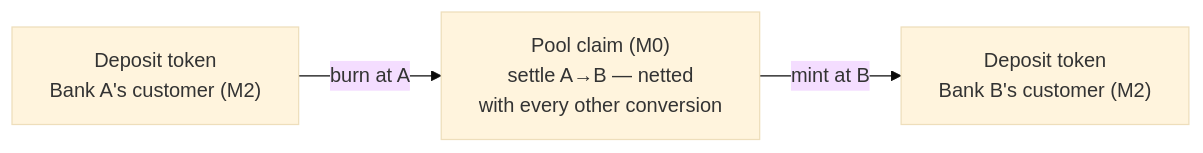
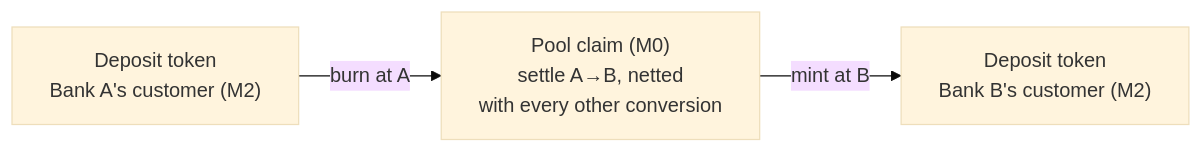
One commit to wfblockchain/sovereign-settlement-model changed the third of 4 diagrams in README.md. Above: the diagram before and after it, drawn with Mermaid (base theme). The commit also changed other lines of this file, not shown here.

First line of the commit message:
README: mermaid syntax GitHub's renderer accepts

````diff
--- a/README.md
+++ b/README.md
@@ -124,9 +121,5 @@
 ```mermaid
 flowchart LR
-    DA["Deposit token
-    Bank A's customer (M2)"] -->|"burn at A"| CORE["Pool claim (M0)
-    settle A→B — netted
-    with every other conversion"]
-    CORE -->|"mint at B"| DB["Deposit token
-    Bank B's customer (M2)"]
+    DA["Deposit token<br/>Bank A's customer (M2)"] -->|"burn at A"| CORE["Pool claim (M0)<br/>settle A→B, netted<br/>with every other conversion"]
+    CORE -->|"mint at B"| DB["Deposit token<br/>Bank B's customer (M2)"]
 ```
````
